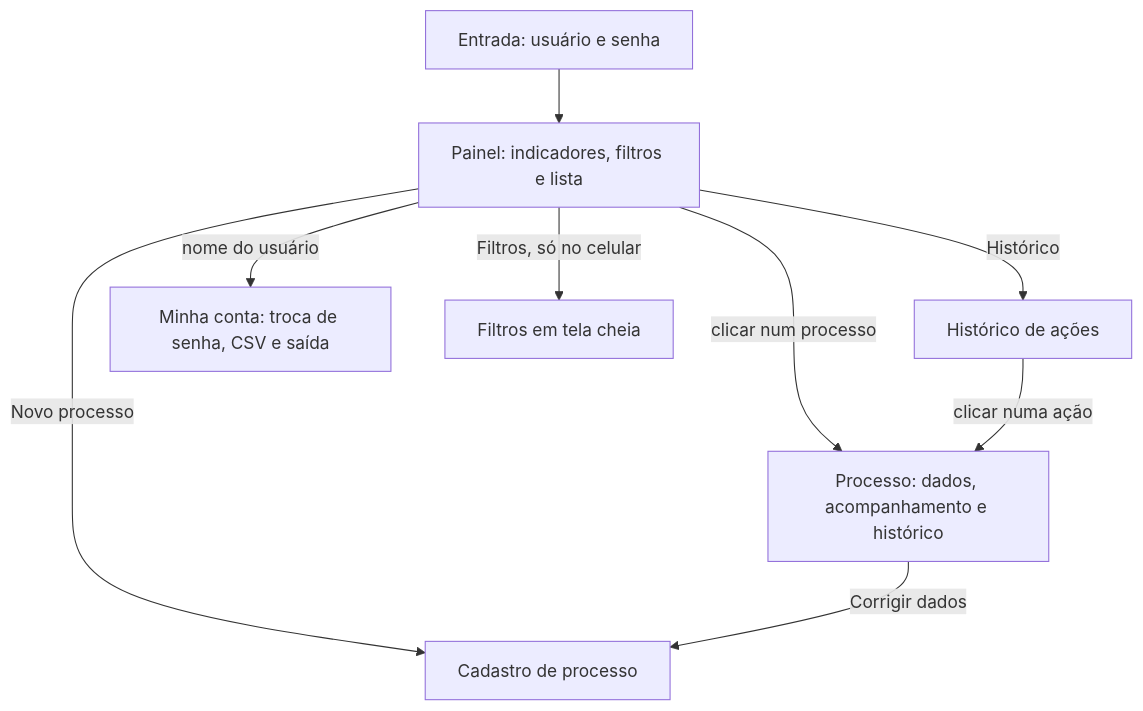
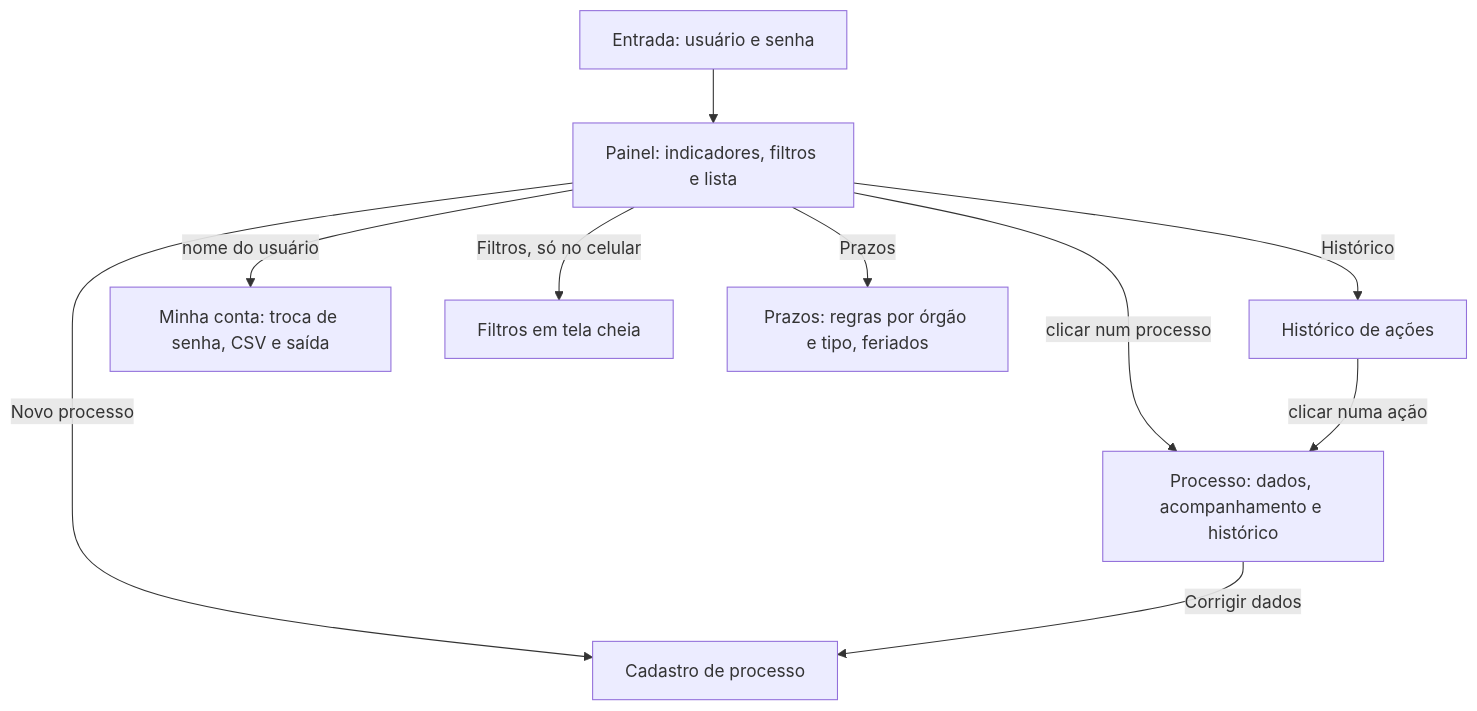
Before and after one commit to cnfpresiddata/ControleProcessosGabinete: the diagram in docs/04-Projeto de Interface.md, drawn with Mermaid. The commit also changed other lines of this file and 12 other files, not shown here.

Commit message:
Prazos por órgão e tipo: dias úteis ou corridos, feriados e cálculo automático do prazo

````diff
--- a/docs/04-Projeto de Interface.md
+++ b/docs/04-Projeto de Interface.md
@@ -15,11 +16,12 @@
 ```mermaid
 flowchart TD
   L[Entrada: usuário e senha] --> P[Painel: indicadores, filtros e lista]
   P -->|clicar num processo| D[Processo: dados, acompanhamento e histórico]
   P -->|Novo processo| N[Cadastro de processo]
   D -->|Corrigir dados| N
   P -->|Histórico| H[Histórico de ações]
   H -->|clicar numa ação| D
   P -->|nome do usuário| C[Minha conta: troca de senha, CSV e saída]
   P -->|Filtros, só no celular| F[Filtros em tela cheia]
+  P -->|Prazos| Z[Prazos: regras por órgão e tipo, feriados]
 ```
````
